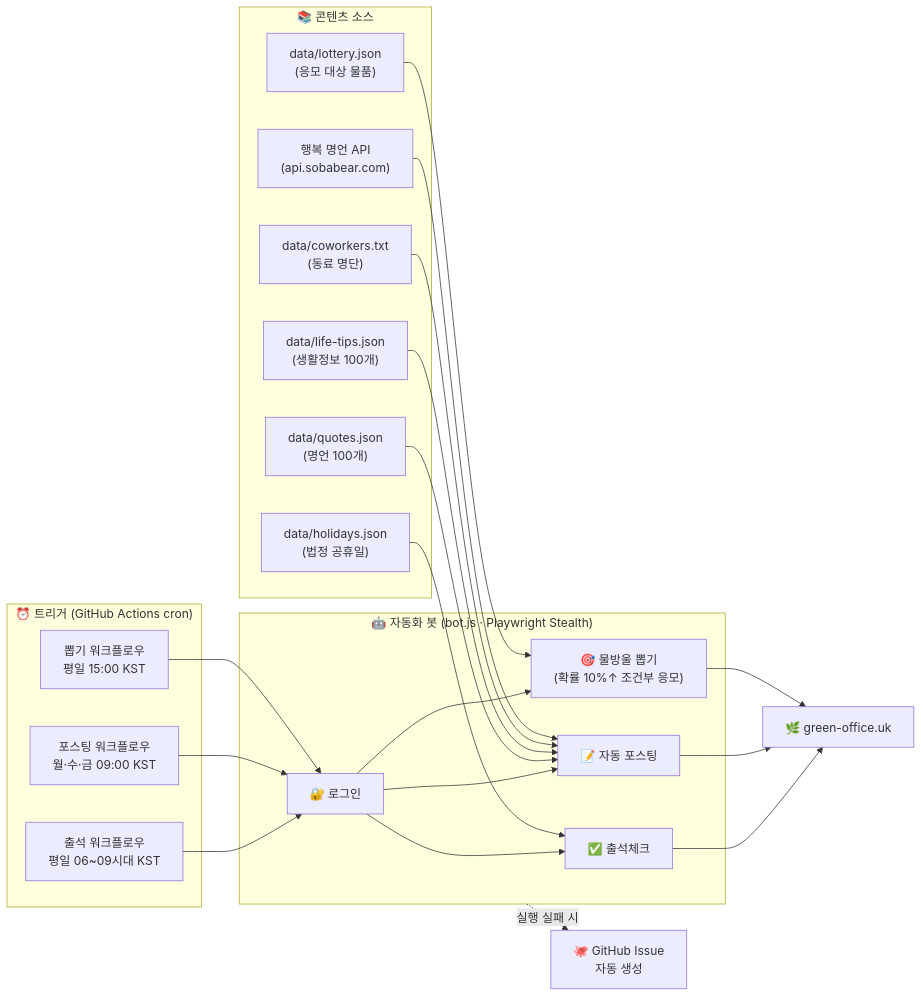
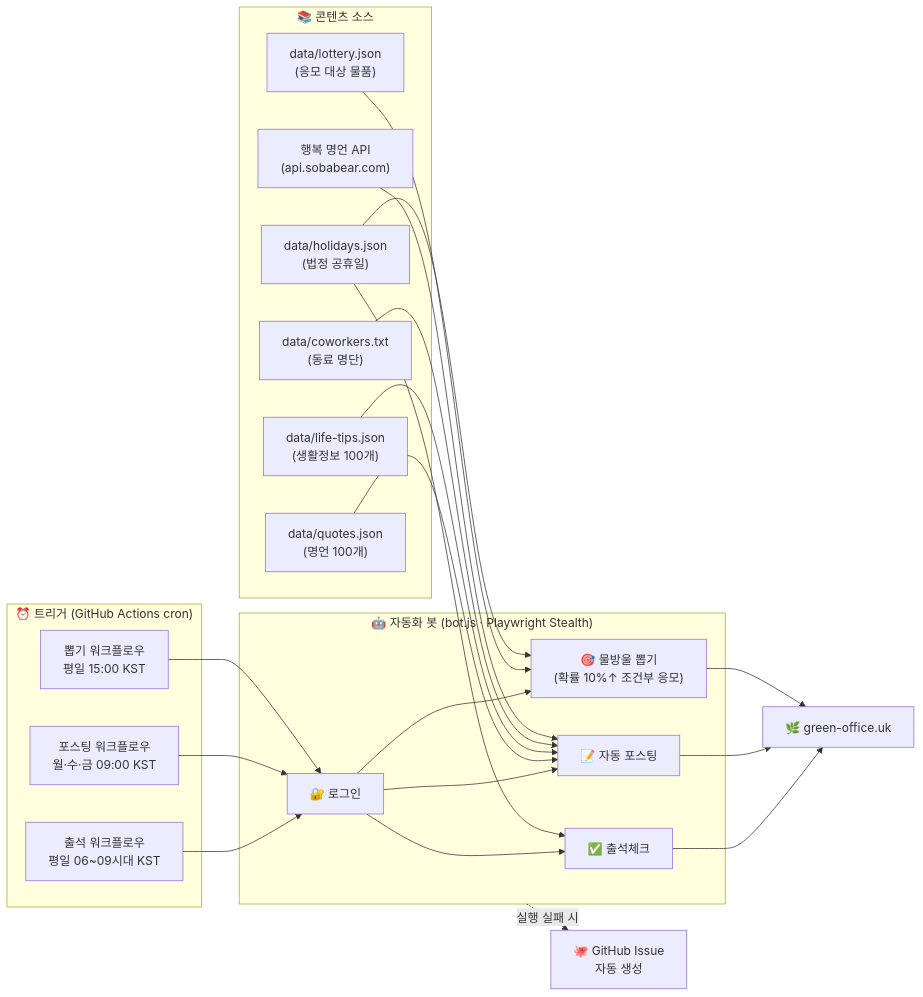
Before and after one commit to leemgs/green-office-agent: the first of 3 diagrams in README.md, drawn with Mermaid. The commit also changed other lines of this file and 3 other files, not shown here.

````diff
--- a/README.md
+++ b/README.md
@@ -11,44 +11,45 @@
 ```mermaid
 flowchart LR
     subgraph TRIGGER["⏰ 트리거 (GitHub Actions cron)"]
         A1["출석 워크플로우<br/>평일 06~09시대 KST"]
         A2["포스팅 워크플로우<br/>월·수·금 09:00 KST"]
         A3["뽑기 워크플로우<br/>평일 15:00 KST"]
     end
 
     subgraph SRC["📚 콘텐츠 소스"]
         Q["data/quotes.json<br/>(명언 100개)"]
         L["data/life-tips.json<br/>(생활정보 100개)"]
         C["data/coworkers.txt<br/>(동료 명단)"]
         LOT["data/lottery.json<br/>(응모 대상 물품)"]
         HOL["data/holidays.json<br/>(법정 공휴일)"]
         API["행복 명언 API<br/>(api.sobabear.com)"]
     end
 
     subgraph BOT["🤖 자동화 봇 (bot.js · Playwright Stealth)"]
         LOGIN["🔐 로그인"]
         ATT["✅ 출석체크"]
         POST["📝 자동 포스팅"]
         LOTTERY["🎯 물방울 뽑기<br/>(확률 10%↑ 조건부 응모)"]
         LOGIN --> ATT
         LOGIN --> POST
         LOGIN --> LOTTERY
     end
 
     SITE["🌿 green-office.uk"]
     ISSUE["🐙 GitHub Issue<br/>자동 생성"]
 
     A1 --> LOGIN
     A2 --> LOGIN
     A3 --> LOGIN
     Q --> POST
     L --> POST
     C --> POST
     API --> POST
     LOT --> LOTTERY
     HOL --> ATT
+    HOL --> LOTTERY
     ATT --> SITE
     POST --> SITE
     LOTTERY --> SITE
     BOT -. 실행 실패 시 .-> ISSUE
 ```
````
